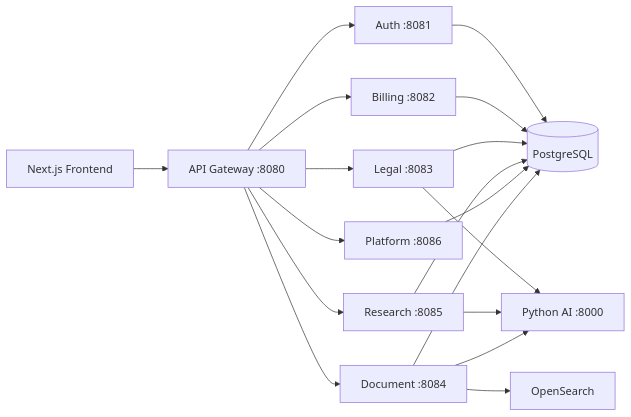
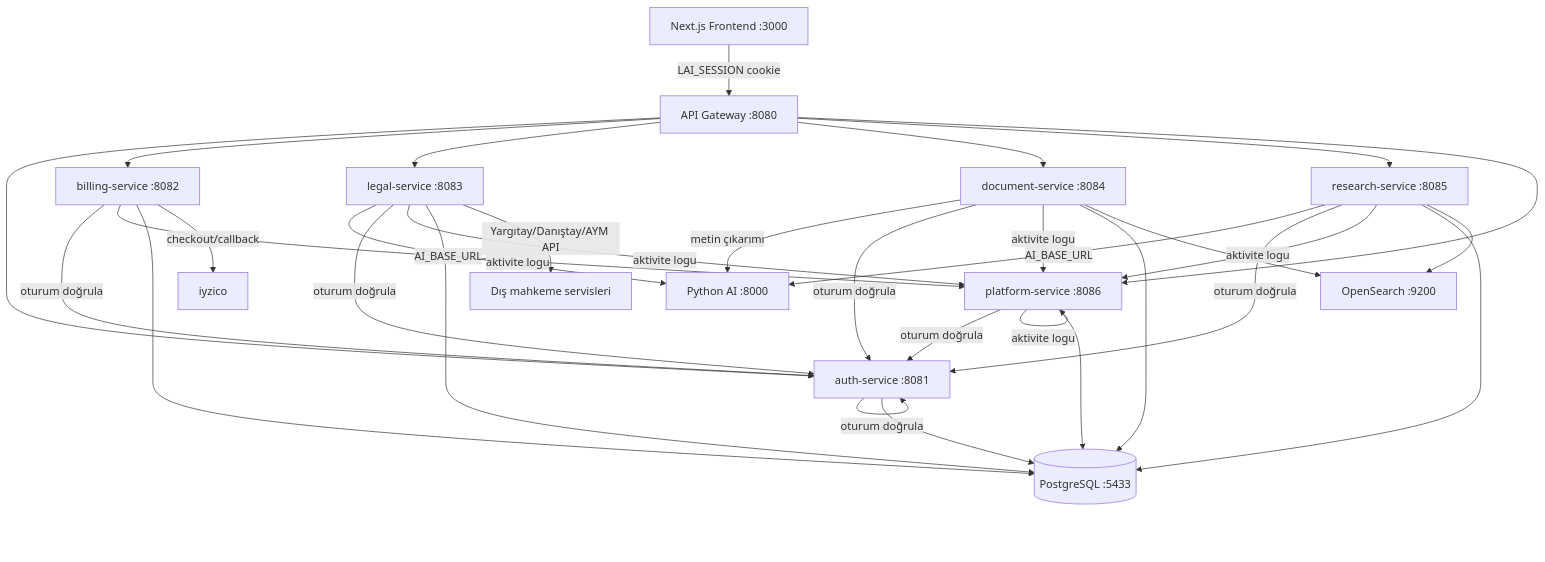
The first of 7 diagrams in springboot-backend/MICROSERVICES.md (3685665/LawAI), drawn with Mermaid before and after one commit. The commit also changed other lines of this file and 1 other file, not shown here.

````diff
--- a/springboot-backend/MICROSERVICES.md
+++ b/springboot-backend/MICROSERVICES.md
@@ -7,20 +11,25 @@
 ```mermaid
-flowchart LR
-  FE[Next.js Frontend] --> GW[API Gateway :8080]
-  GW --> AUTH[Auth :8081]
-  GW --> BILL[Billing :8082]
-  GW --> LEGAL[Legal :8083]
-  GW --> DOC[Document :8084]
-  GW --> RES[Research :8085]
-  GW --> PLAT[Platform :8086]
-  LEGAL --> PY[Python AI :8000]
-  RES --> PY
-  DOC --> PY
-  AUTH --> PG[(PostgreSQL)]
-  BILL --> PG
-  LEGAL --> PG
-  RES --> PG
-  PLAT --> PG
+flowchart TB
+  FE[Next.js Frontend :3000] -->|LAI_SESSION cookie| GW[API Gateway :8080]
+
+  GW --> AUTH[auth-service :8081]
+  GW --> BILL[billing-service :8082]
+  GW --> LEGAL[legal-service :8083]
+  GW --> DOC[document-service :8084]
+  GW --> RES[research-service :8085]
+  GW --> PLAT[platform-service :8086]
+
+  LEGAL -->|AI_BASE_URL| PY[Python AI :8000]
+  RES -->|AI_BASE_URL| PY
+  DOC -->|metin çıkarımı| PY
+
+  AUTH & BILL & LEGAL & DOC & RES & PLAT -->|oturum doğrula| AUTH
+  LEGAL & RES & DOC & BILL & PLAT -->|aktivite logu| PLAT
+
+  AUTH & BILL & LEGAL & RES & PLAT --> PG[(PostgreSQL :5433)]
   DOC --> PG
-  DOC --> OS[OpenSearch]
+  DOC & RES --> OS[OpenSearch :9200]
+
+  LEGAL -->|Yargıtay/Danıştay/AYM API| EXT[Dış mahkeme servisleri]
+  BILL -->|checkout/callback| IYZ[iyzico]
 ```
````
